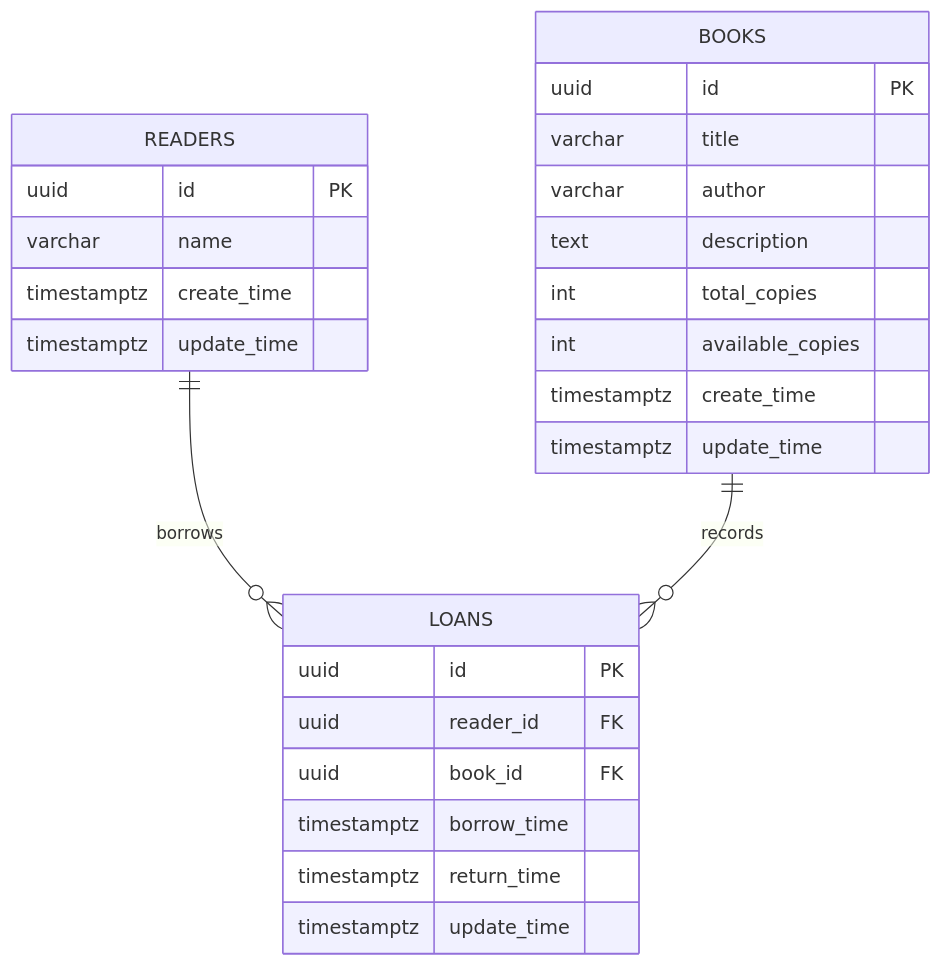
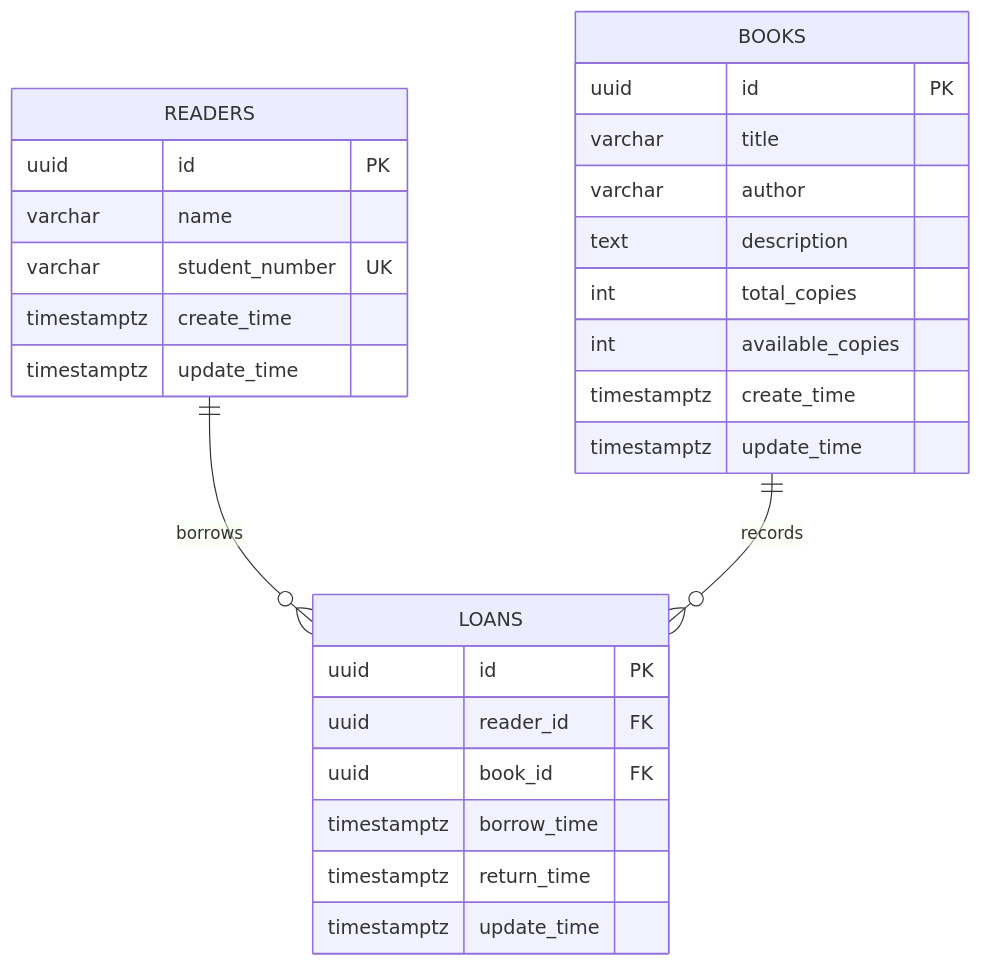
One commit to wueyue/library-management changed the second of 5 diagrams in README.md. Above: the diagram before and after it, drawn with Mermaid. The commit also changed other lines of this file and 8 other files, not shown here.

````diff
--- a/README.md
+++ b/README.md
@@ -167,29 +170,30 @@
 ```mermaid
 erDiagram
     READERS ||--o{ LOANS : borrows
     BOOKS ||--o{ LOANS : records
     READERS {
         uuid id PK
         varchar name
+        varchar student_number UK
         timestamptz create_time
         timestamptz update_time
     }
     BOOKS {
         uuid id PK
         varchar title
         varchar author
         text description
         int total_copies
         int available_copies
         timestamptz create_time
         timestamptz update_time
     }
     LOANS {
         uuid id PK
         uuid reader_id FK
         uuid book_id FK
         timestamptz borrow_time
         timestamptz return_time
         timestamptz update_time
     }
 ```
````
